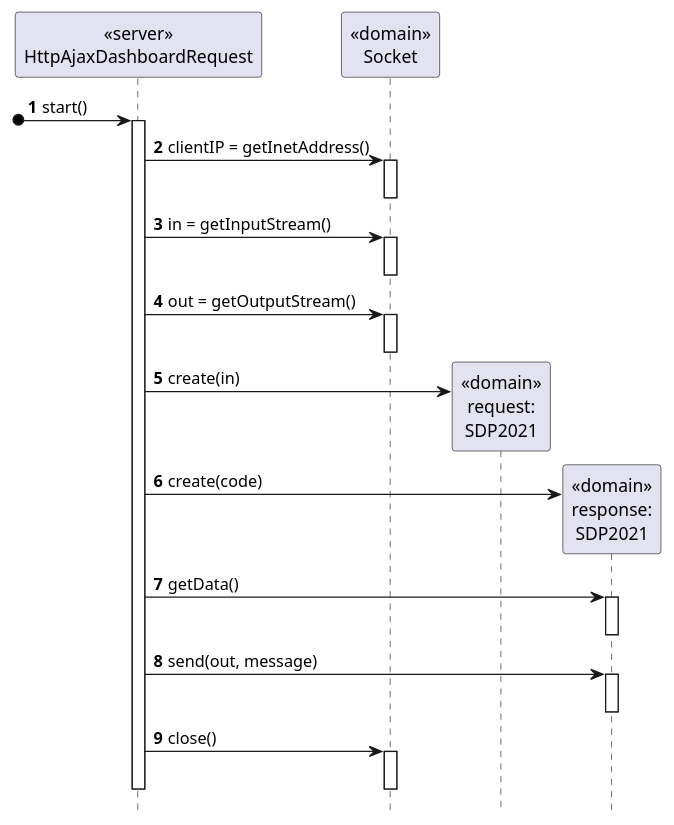
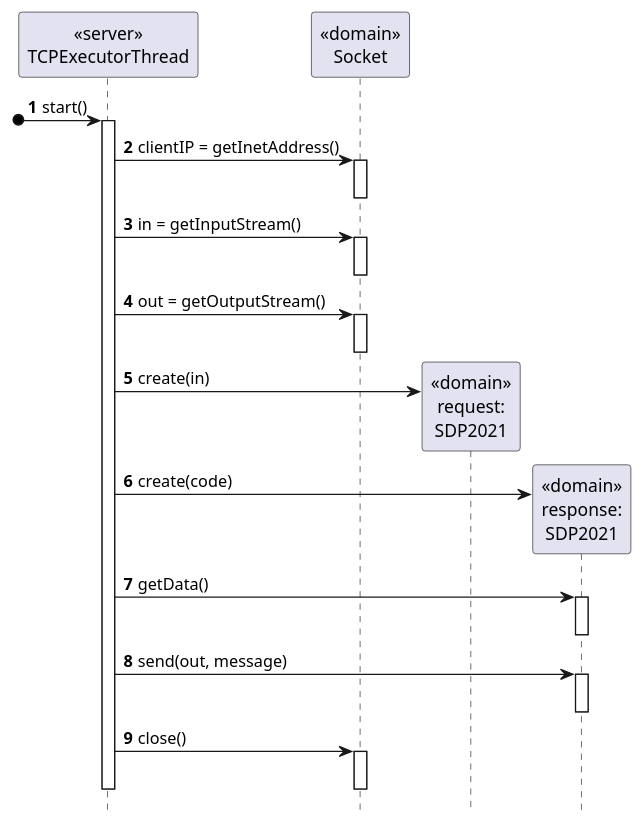
One commit to tiagoavcosta25/LAPR4 changed the diagram in doc/engenharia/SprintC/1190682/US-4-5001_AutoTaskExecutor/US-4-5001_SD_Request.puml. Above: the diagram before and after it, drawn with PlantUML. The commit also changed 1 other file, not shown here.

Commit message:
LAPR4-146 #server #fixing Sequence Diagram Adjustments

```diff
--- a/doc/engenharia/SprintC/1190682/US-4-5001_AutoTaskExecutor/US-4-5001_SD_Request.puml
+++ b/doc/engenharia/SprintC/1190682/US-4-5001_AutoTaskExecutor/US-4-5001_SD_Request.puml
@@ -1,43 +1,43 @@
 @startuml
 autonumber
 hide footbox
 
-participant "<<server>>\nHttpAjaxDashboardRequest" as RQ
+participant "<<server>>\nTCPExecutorThread" as RQ
 participant "<<domain>>\nSocket" as S
 participant "<<domain>>\nrequest:\nSDP2021" as SDP2021
 participant "<<domain>>\nresponse:\nSDP2021" as SDP2021_2
 
 [o-> RQ : start()
 
 activate RQ
 
 RQ -> S : clientIP = getInetAddress()
 activate S
 deactivate S
 
 RQ -> S : in = getInputStream()
 activate S
 deactivate S
 
 RQ -> S : out = getOutputStream()
 activate S
 deactivate S
 
 RQ -> SDP2021** : create(in)
 RQ -> SDP2021_2** : create(code)
 
 RQ -> SDP2021_2 : getData()
 activate SDP2021_2
 deactivate SDP2021_2
 
 RQ -> SDP2021_2 : send(out, message)
 activate SDP2021_2
 deactivate SDP2021_2
 
 RQ -> S : close()
 activate S
 deactivate S
 
 deactivate RQ
 
 @enduml
```
